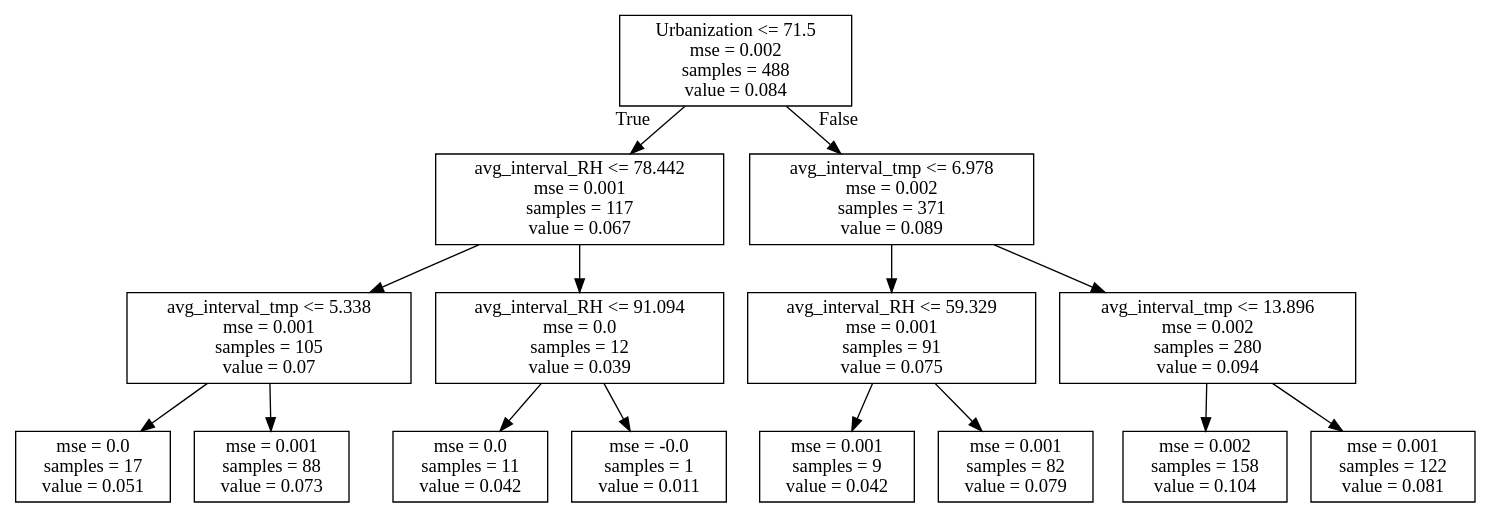
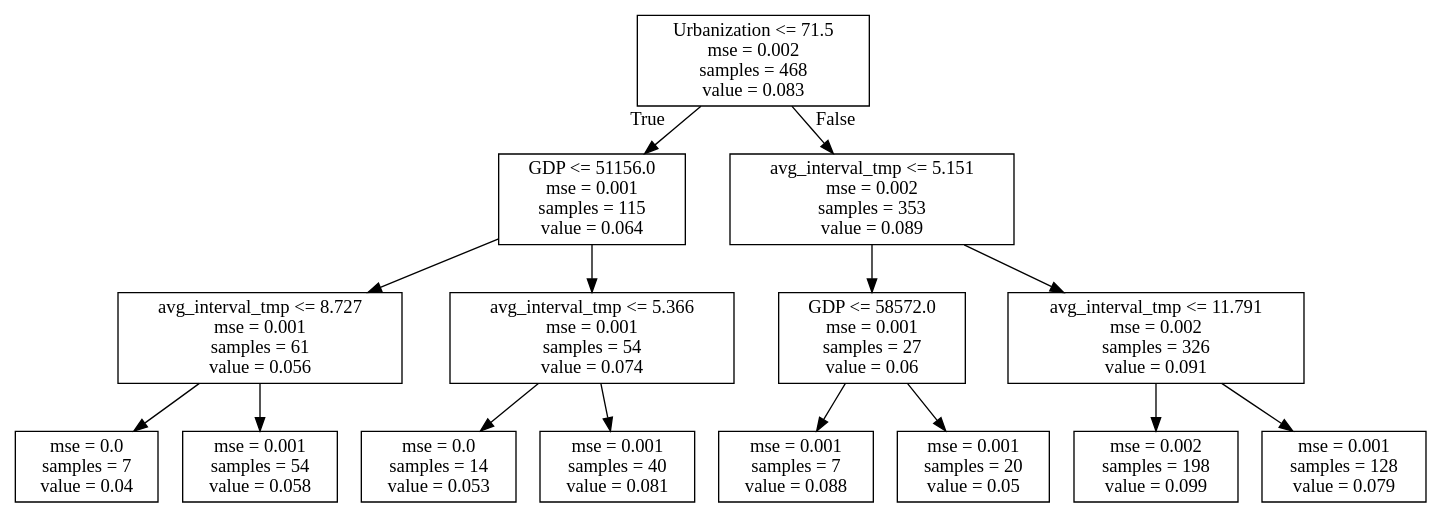
Before and after one commit to hopl1t/covid19: the diagram in products/decision_tree/decision_tree_GF_Q1_run4.dot, drawn with Graphviz. The commit also changed 21 other files, not shown here.

```diff
--- a/products/decision_tree/decision_tree_GF_Q1_run4.dot
+++ b/products/decision_tree/decision_tree_GF_Q1_run4.dot
@@ -1,32 +1,32 @@
 digraph Tree {
 node [shape=box] ;
-0 [label="Urbanization <= 71.5\nmse = 0.002\nsamples = 488\nvalue = 0.084"] ;
-1 [label="avg_interval_RH <= 78.442\nmse = 0.001\nsamples = 117\nvalue = 0.067"] ;
+0 [label="Urbanization <= 71.5\nmse = 0.002\nsamples = 468\nvalue = 0.083"] ;
+1 [label="GDP <= 51156.0\nmse = 0.001\nsamples = 115\nvalue = 0.064"] ;
 0 -> 1 [labeldistance=2.5, labelangle=45, headlabel="True"] ;
-2 [label="avg_interval_tmp <= 5.338\nmse = 0.001\nsamples = 105\nvalue = 0.07"] ;
+2 [label="avg_interval_tmp <= 8.727\nmse = 0.001\nsamples = 61\nvalue = 0.056"] ;
 1 -> 2 ;
-3 [label="mse = 0.0\nsamples = 17\nvalue = 0.051"] ;
+3 [label="mse = 0.0\nsamples = 7\nvalue = 0.04"] ;
 2 -> 3 ;
-4 [label="mse = 0.001\nsamples = 88\nvalue = 0.073"] ;
+4 [label="mse = 0.001\nsamples = 54\nvalue = 0.058"] ;
 2 -> 4 ;
-5 [label="avg_interval_RH <= 91.094\nmse = 0.0\nsamples = 12\nvalue = 0.039"] ;
+5 [label="avg_interval_tmp <= 5.366\nmse = 0.001\nsamples = 54\nvalue = 0.074"] ;
 1 -> 5 ;
-6 [label="mse = 0.0\nsamples = 11\nvalue = 0.042"] ;
+6 [label="mse = 0.0\nsamples = 14\nvalue = 0.053"] ;
 5 -> 6 ;
-7 [label="mse = -0.0\nsamples = 1\nvalue = 0.011"] ;
+7 [label="mse = 0.001\nsamples = 40\nvalue = 0.081"] ;
 5 -> 7 ;
-8 [label="avg_interval_tmp <= 6.978\nmse = 0.002\nsamples = 371\nvalue = 0.089"] ;
+8 [label="avg_interval_tmp <= 5.151\nmse = 0.002\nsamples = 353\nvalue = 0.089"] ;
 0 -> 8 [labeldistance=2.5, labelangle=-45, headlabel="False"] ;
-9 [label="avg_interval_RH <= 59.329\nmse = 0.001\nsamples = 91\nvalue = 0.075"] ;
+9 [label="GDP <= 58572.0\nmse = 0.001\nsamples = 27\nvalue = 0.06"] ;
 8 -> 9 ;
-10 [label="mse = 0.001\nsamples = 9\nvalue = 0.042"] ;
+10 [label="mse = 0.001\nsamples = 7\nvalue = 0.088"] ;
 9 -> 10 ;
-11 [label="mse = 0.001\nsamples = 82\nvalue = 0.079"] ;
+11 [label="mse = 0.001\nsamples = 20\nvalue = 0.05"] ;
 9 -> 11 ;
-12 [label="avg_interval_tmp <= 13.896\nmse = 0.002\nsamples = 280\nvalue = 0.094"] ;
+12 [label="avg_interval_tmp <= 11.791\nmse = 0.002\nsamples = 326\nvalue = 0.091"] ;
 8 -> 12 ;
-13 [label="mse = 0.002\nsamples = 158\nvalue = 0.104"] ;
+13 [label="mse = 0.002\nsamples = 198\nvalue = 0.099"] ;
 12 -> 13 ;
-14 [label="mse = 0.001\nsamples = 122\nvalue = 0.081"] ;
+14 [label="mse = 0.001\nsamples = 128\nvalue = 0.079"] ;
 12 -> 14 ;
 }
```
